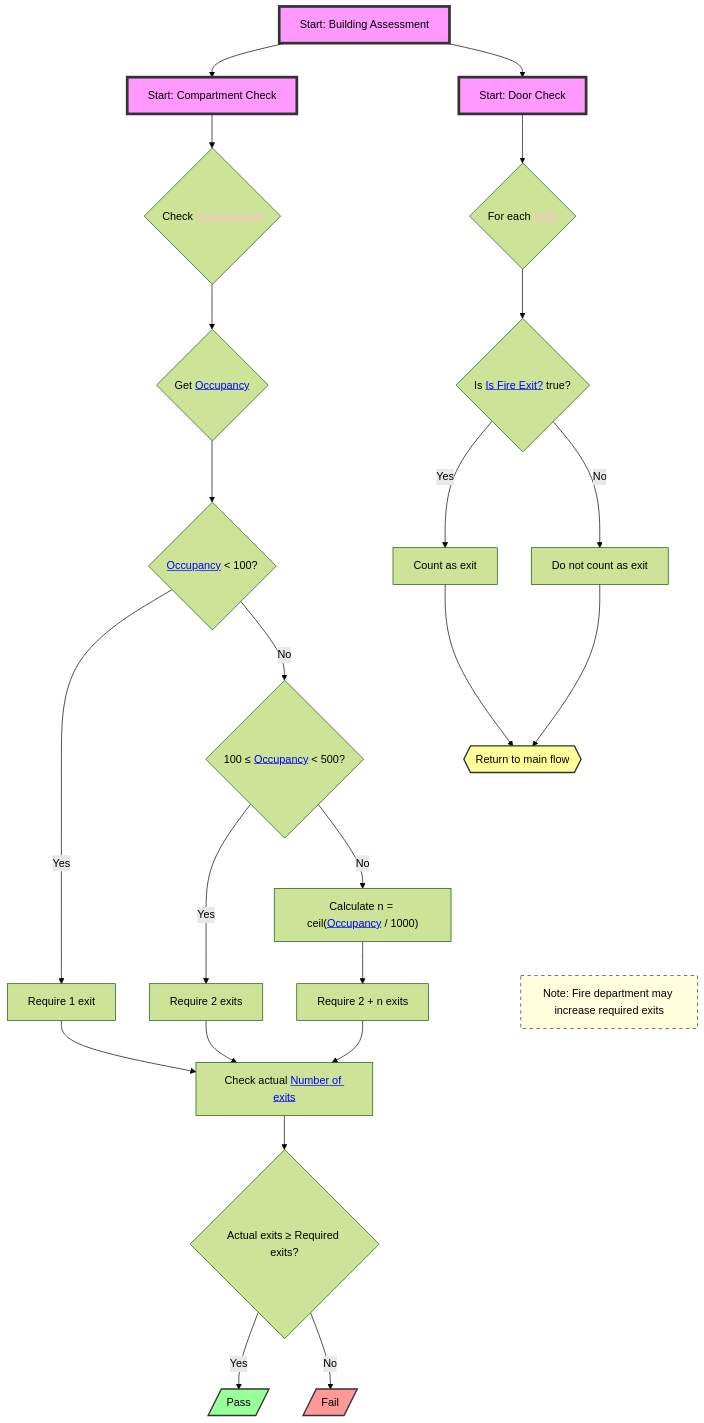
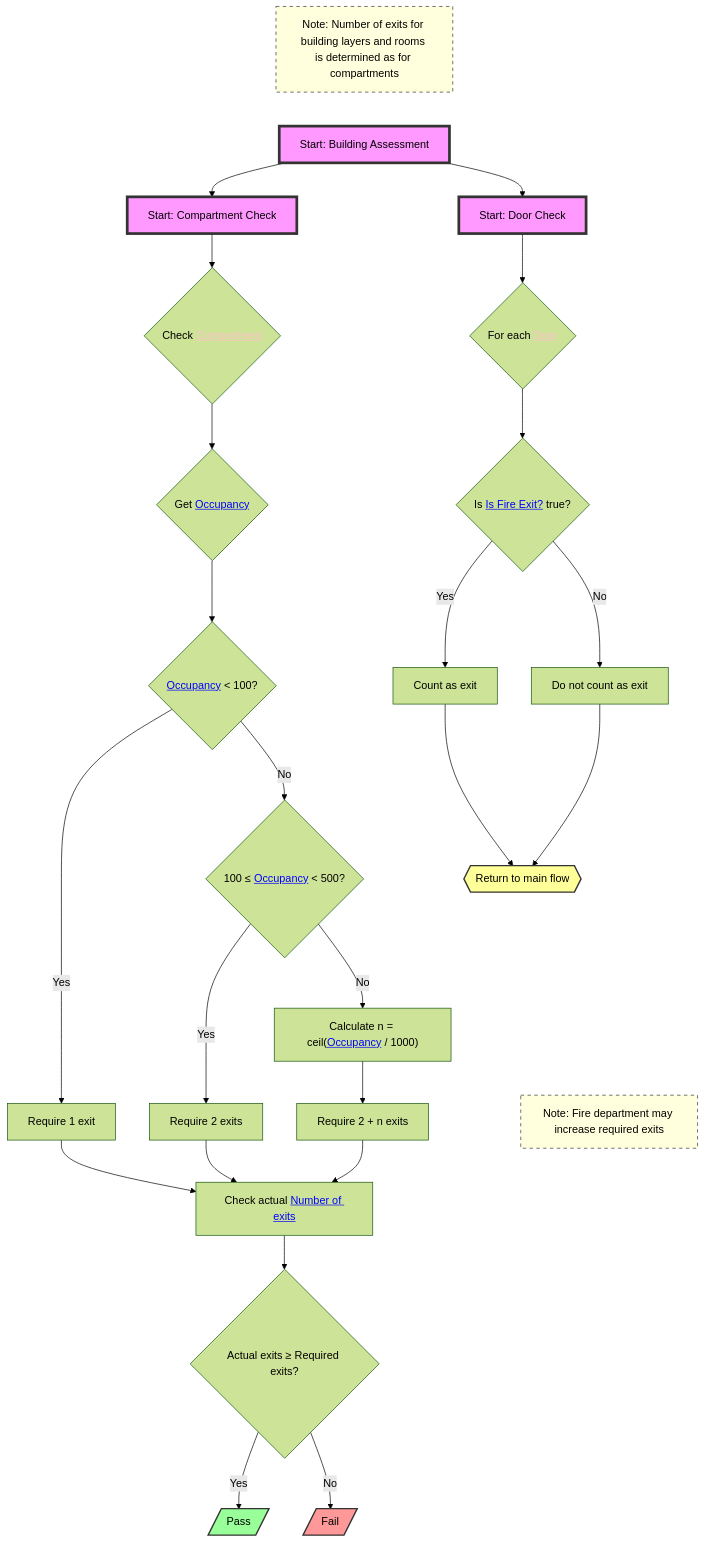
One commit to CedricDriesen92/RulebookProcessing changed the diagram in mmddiagrams/section_2_2_1.mmd. Above: the diagram before and after it, drawn with Mermaid (forest theme). The commit also changed 15 other files, not shown here.

```diff
--- a/mmddiagrams/section_2_2_1.mmd
+++ b/mmddiagrams/section_2_2_1.mmd
@@ -1,35 +1,37 @@
 flowchart TD
     A["Start: Building Assessment"] --> S1["Start: Compartment Check"] & S2["Start: Door Check"]
-    S1 --> B{"Check <a href="http://example.com/firebimbuilding#Compartment" style="color:pink;">Compartment</a>"}
-    B --> C{"Get <a href="http://example.com/firebimbuilding#Occupancy" style="color:blue;">Occupancy</a>"}
-    C --> D{"<a href="http://example.com/firebimbuilding#Occupancy" style="color:blue;">Occupancy</a> &lt; 100?"}
+    S1 --> B{"Check <a href='http://example.com/firebimbuilding#Compartment' style='color:pink;'>Compartment</a>"}
+    B --> C{"Get <a href='http://example.com/firebimbuilding#Occupancy' style='color:blue;'>Occupancy</a>"}
+    C --> D{"<a href='http://example.com/firebimbuilding#Occupancy' style='color:blue;'>Occupancy</a> &lt; 100?"}
     D -- Yes --> E["Require 1 exit"]
-    D -- No --> F{"100 ≤ <a href="http://example.com/firebimbuilding#Occupancy" style="color:blue;">Occupancy</a> &lt; 500?"}
+    D -- No --> F{"100 ≤ <a href='http://example.com/firebimbuilding#Occupancy' style='color:blue;'>Occupancy</a> &lt; 500?"}
     F -- Yes --> G["Require 2 exits"]
-    F -- No --> I["Calculate n = ceil(<a href="http://example.com/firebimbuilding#Occupancy" style="color:blue;">Occupancy</a> / 1000)"]
+    F -- No --> I["Calculate n = ceil(<a href='http://example.com/firebimbuilding#Occupancy' style='color:blue;'>Occupancy</a> / 1000)"]
     I --> J["Require 2 + n exits"]
-    E --> L["Check actual <a href="http://example.com/firebimbuilding#NumberOfExits" style="color:blue;">Number of exits</a>"]
+    E --> L["Check actual <a href='http://example.com/firebimbuilding#NumberOfExits' style='color:blue;'>Number of exits</a>"]
     G --> L
     J --> L
     L --> M{"Actual exits ≥ Required exits?"}
     M -- Yes --> N[/"Pass"/]
     M -- No --> O[/"Fail"/]
-    S2 --> T{"For each <a href="http://example.com/firebimbuilding#Door" style="color:pink;">Door</a>"}
-    T --> U{"Is <a href="http://example.com/firebimbuilding#IsFireExit" style="color:blue;">Is Fire Exit?</a> true?"}
+    S2 --> T{"For each <a href='http://example.com/firebimbuilding#Door' style='color:pink;'>Door</a>"}
+    T --> U{"Is <a href='http://example.com/firebimbuilding#IsFireExit' style='color:blue;'>Is Fire Exit?</a> true?"}
     U -- Yes --> V["Count as exit"]
     U -- No --> W["Do not count as exit"]
     V --> X{{"Return to main flow"}}
     W --> X
     P["Note: Fire department may increase required exits"] ~~~ L
+    Q["Note: Number of exits for building layers and rooms is determined as for compartments"] ~~~ A
      A:::startClass
      S1:::startClass
      S2:::startClass
      N:::passClass
      O:::failClass
      X:::redirectClass
      P:::noteClass
+     Q:::noteClass
     classDef startClass fill:#f9f,stroke:#333,stroke-width:4px
     classDef passClass fill:#9f9,stroke:#333,stroke-width:2px
     classDef failClass fill:#f99,stroke:#333,stroke-width:2px
     classDef redirectClass fill:#ff9,stroke:#333,stroke-width:2px
     classDef noteClass fill:#ffd,stroke:#333,stroke-width:1px,stroke-dasharray: 5 5
```
